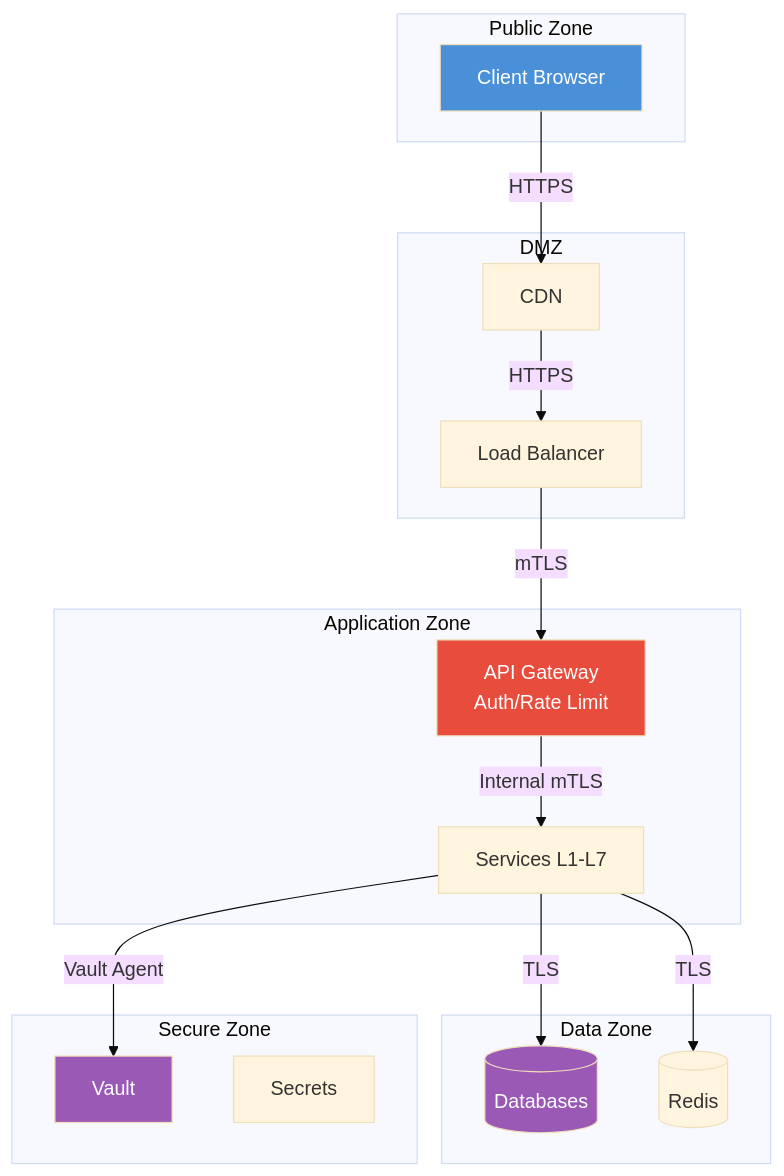
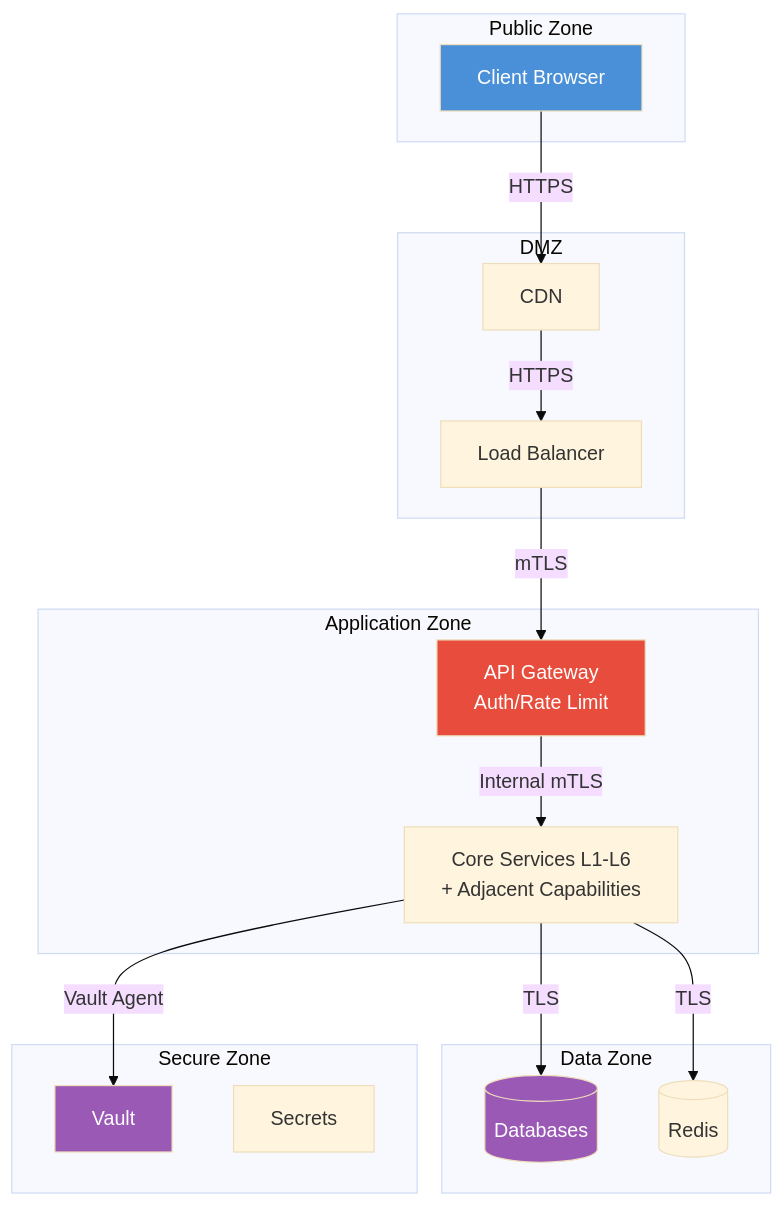
One commit to Valynt/Fabric_4L changed diagram 11 of 11 in docs/core-concepts/architecture.md. Above: the diagram before and after it, drawn with Mermaid (base theme). The commit also changed other lines of this file and 21 other files, not shown here.

````diff
--- a/docs/core-concepts/architecture.md
+++ b/docs/core-concepts/architecture.md
@@ -585,39 +592,39 @@
 ```mermaid
 graph TB
     subgraph "Public Zone"
         CLIENT[Client Browser]
     end
     
     subgraph "DMZ"
         LB[Load Balancer]
         CDN[CDN]
     end
     
     subgraph "Application Zone"
         GW[API Gateway<br/>Auth/Rate Limit]
-        SVC[Services L1-L7]
+        SVC[Core Services L1-L6<br/>+ Adjacent Capabilities]
     end
     
     subgraph "Data Zone"
         DB[(Databases)]
         CACHE[(Redis)]
     end
     
     subgraph "Secure Zone"
         VAULT[Vault]
         SECRETS[Secrets]
     end
     
     CLIENT -->|HTTPS| CDN
     CDN -->|HTTPS| LB
     LB -->|mTLS| GW
     GW -->|Internal mTLS| SVC
     SVC -->|TLS| DB
     SVC -->|TLS| CACHE
     SVC -->|Vault Agent| VAULT
     
     style CLIENT fill:#4a90d9,color:white
     style GW fill:#e74c3c,color:white
     style DB fill:#9b59b6,color:white
     style VAULT fill:#9b59b6,color:white
 ```
````
